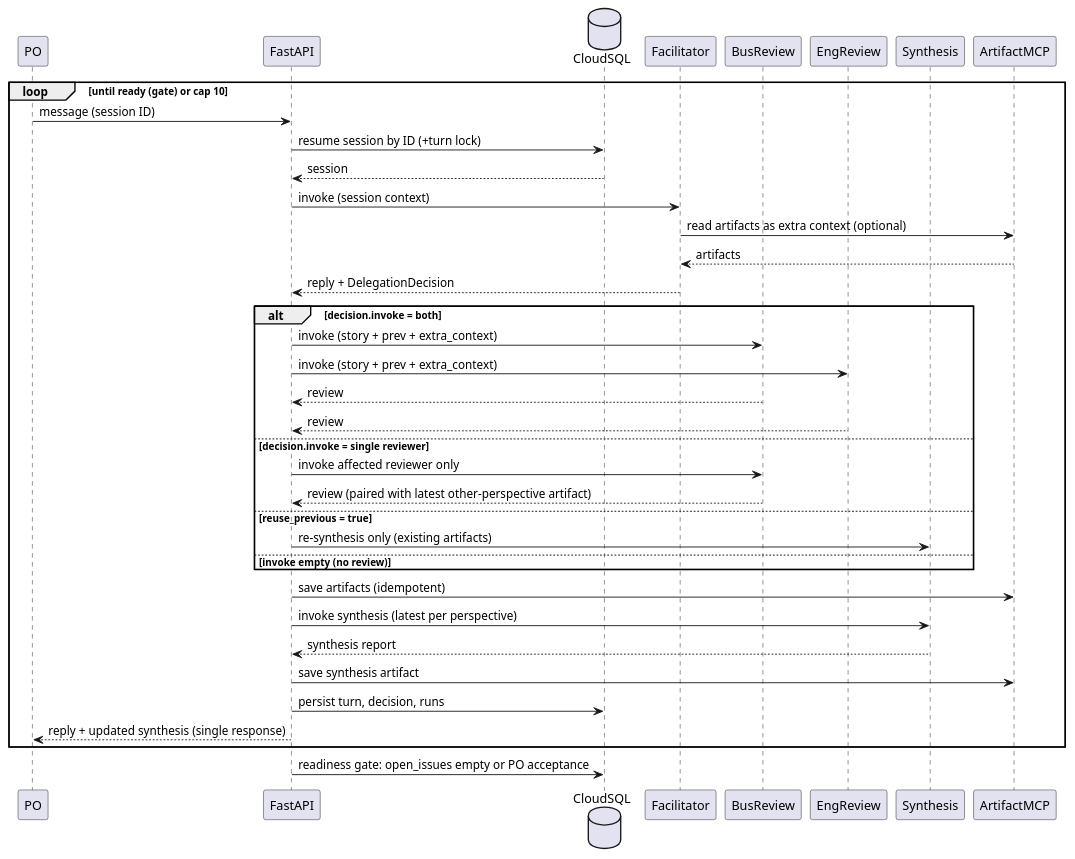
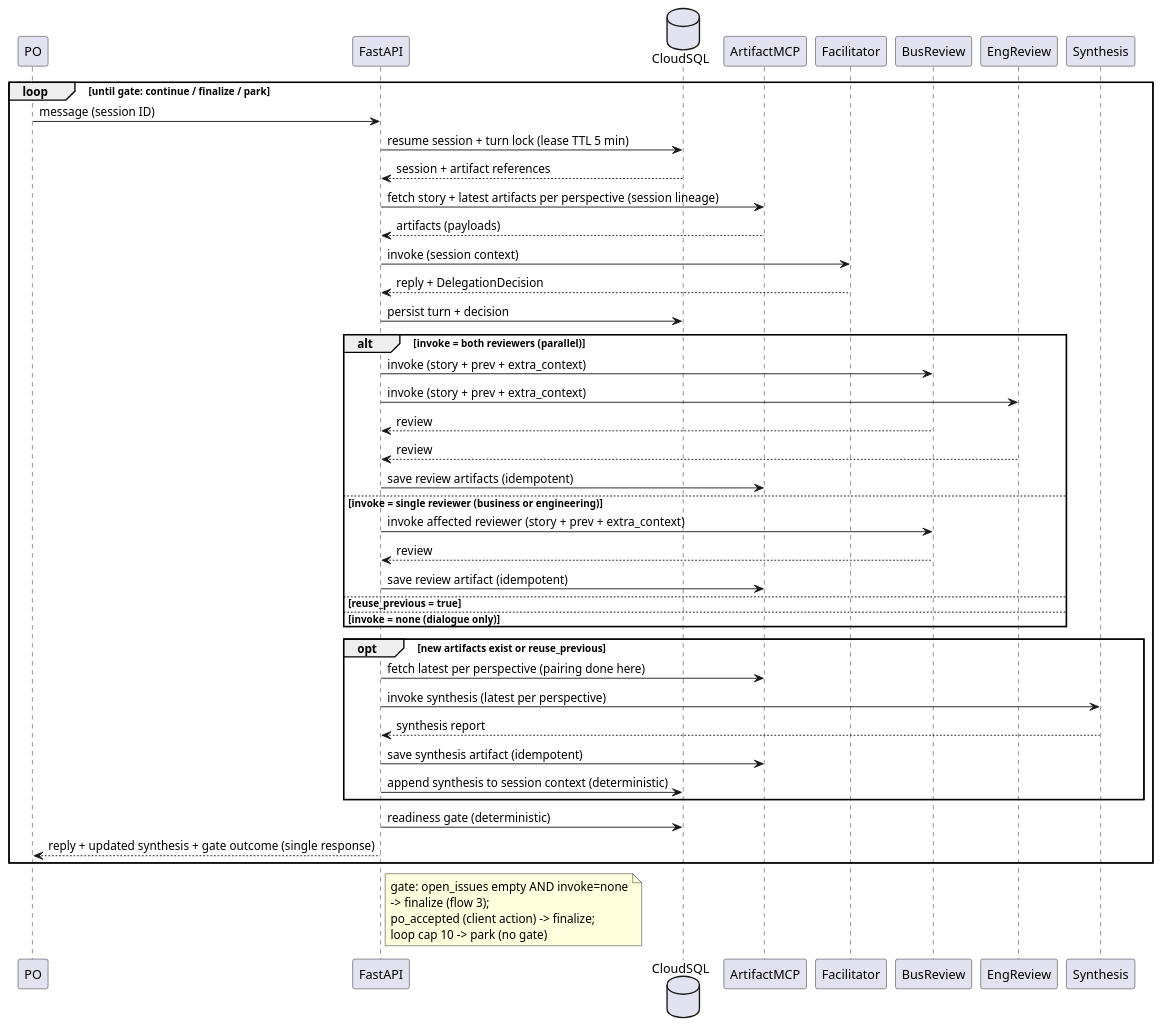
One commit to MMZ993/story-review changed the diagram in docs/design/diagrams/flow2.puml. Above: the diagram before and after it, drawn with PlantUML. The commit also changed 4 other files, not shown here.

Commit message:
docs(design): resolve second review round on flow semantics, gate and retry policy

```diff
--- a/docs/design/diagrams/flow2.puml
+++ b/docs/design/diagrams/flow2.puml
@@ -1,38 +1,48 @@
 @startuml
 participant PO
 participant "FastAPI" as F
 database "CloudSQL" as C
+participant "ArtifactMCP" as A
 participant "Facilitator" as T
 participant "BusReview" as B
 participant "EngReview" as E
 participant "Synthesis" as Y
-participant "ArtifactMCP" as A
-loop until ready (gate) or cap 10
+loop until gate: continue / finalize / park
 PO -> F: message (session ID)
-F -> C: resume session by ID (+turn lock)
-C --> F: session
+F -> C: resume session + turn lock (lease TTL 5 min)
+C --> F: session + artifact references
+F -> A: fetch story + latest artifacts per perspective (session lineage)
+A --> F: artifacts (payloads)
 F -> T: invoke (session context)
-T -> A: read artifacts as extra context (optional)
-A --> T: artifacts
 T --> F: reply + DelegationDecision
-alt decision.invoke = both
+F -> C: persist turn + decision
+alt invoke = both reviewers (parallel)
 F -> B: invoke (story + prev + extra_context)
 F -> E: invoke (story + prev + extra_context)
 B --> F: review
 E --> F: review
-else decision.invoke = single reviewer
-F -> B: invoke affected reviewer only
-B --> F: review (paired with latest other-perspective artifact)
+F -> A: save review artifacts (idempotent)
+else invoke = single reviewer (business or engineering)
+F -> B: invoke affected reviewer (story + prev + extra_context)
+B --> F: review
+F -> A: save review artifact (idempotent)
 else reuse_previous = true
-F -> Y: re-synthesis only (existing artifacts)
-else invoke empty (no review)
+else invoke = none (dialogue only)
 end
-F -> A: save artifacts (idempotent)
+opt new artifacts exist or reuse_previous
+F -> A: fetch latest per perspective (pairing done here)
 F -> Y: invoke synthesis (latest per perspective)
 Y --> F: synthesis report
-F -> A: save synthesis artifact
-F -> C: persist turn, decision, runs
-F --> PO: reply + updated synthesis (single response)
+F -> A: save synthesis artifact (idempotent)
+F -> C: append synthesis to session context (deterministic)
 end
-F -> C: readiness gate: open_issues empty or PO acceptance
+F -> C: readiness gate (deterministic)
+F --> PO: reply + updated synthesis + gate outcome (single response)
+end
+note right of F
+gate: open_issues empty AND invoke=none
+-> finalize (flow 3);
+po_accepted (client action) -> finalize;
+loop cap 10 -> park (no gate)
+end note
 @enduml
```
